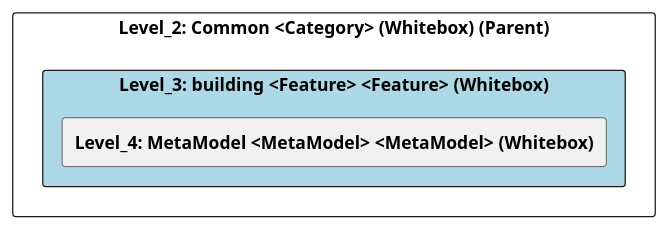
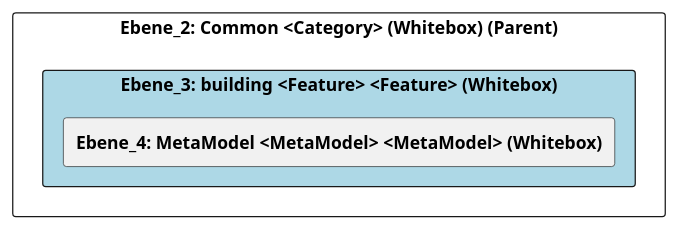
The diagram in doc/cleonproject_deliverables_architecture_model_architecture/adoc/de/05_bausteinsicht/cleon/common/building/ebene_3_building.adoc (marcozwyssig/cleon), drawn with PlantUML before and after one commit. The commit also changed other lines of this file and 258 other files, not shown here.

```diff
--- a/doc/cleonproject_deliverables_architecture_model_architecture/adoc/de/05_bausteinsicht/cleon/common/building/ebene_3_building.adoc
+++ b/doc/cleonproject_deliverables_architecture_model_architecture/adoc/de/05_bausteinsicht/cleon/common/building/ebene_3_building.adoc
@@ -24,24 +24,24 @@
-[plantuml, Level_3: building <Feature> <Feature> (Whitebox)BlockOverview, format="svg"]
+[plantuml, Ebene_3: building <Feature> <Feature> (Whitebox)BlockOverview, format="svg"]
 ----
-@startuml Level_3: building <Feature> <Feature> (Whitebox)BuildingBlockOverview
+@startuml Ebene_3: building <Feature> <Feature> (Whitebox)BuildingBlockOverview
 
 skinparam ranksep 10
 skinparam componentStyle rectangle
 skinparam shadowing false
 skinparam arrowColor lightblue
 skinparam arrowThickness 1.2
 skinparam rectangle {
   BackgroundColor White
   BorderColor #333
   RoundCorner 10
 }
 top to bottom direction
 
-component "Level_2: Common <Category> (Whitebox) (Parent)" {
-    component "Level_3: building <Feature> <Feature> (Whitebox)" #lightblue {
-        [**Level_4: MetaModel <MetaModel> <MetaModel> (Whitebox)**] as 4A56DE55_D579_11EE_903E_9F564E4DE07E
+component "Ebene_2: Common <Category> (Whitebox) (Parent)" {
+    component "Ebene_3: building <Feature> <Feature> (Whitebox)" #lightblue {
+        [**Ebene_4: MetaModel <MetaModel> <MetaModel> (Whitebox)**] as 4A56DE55_D579_11EE_903E_9F564E4DE07E
     }
 }
 
 @enduml
 ----
```
